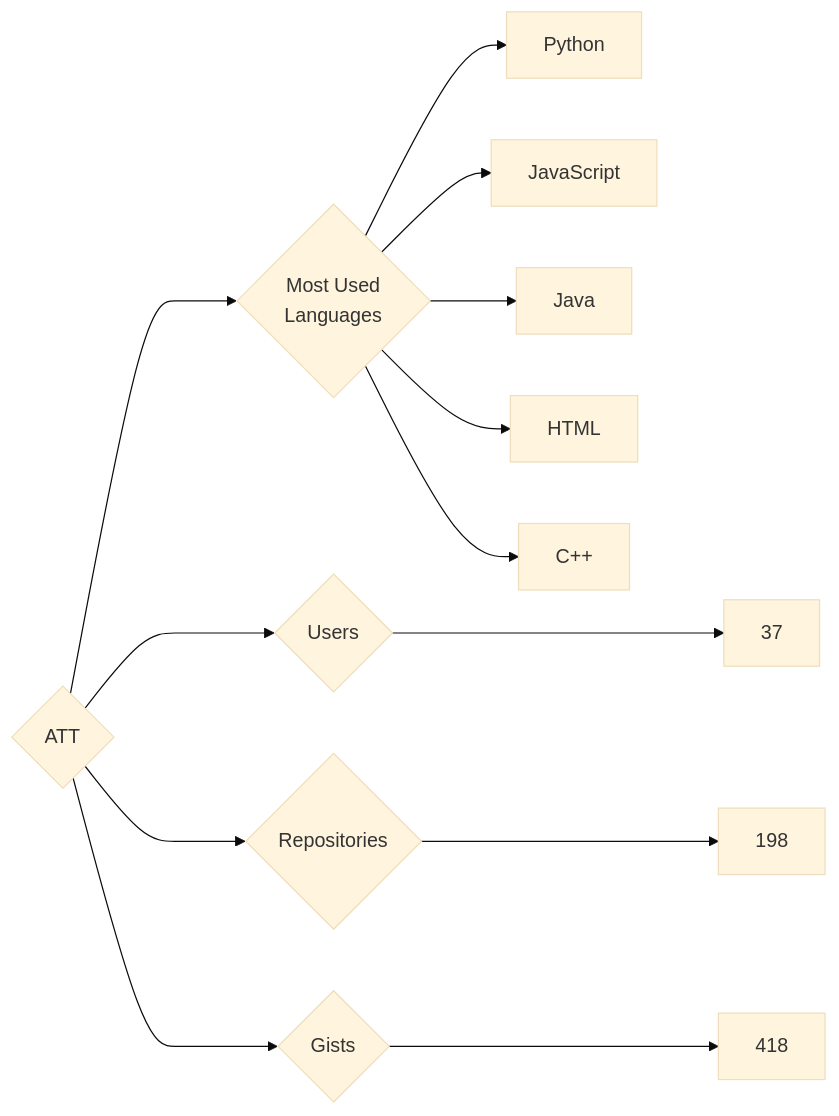
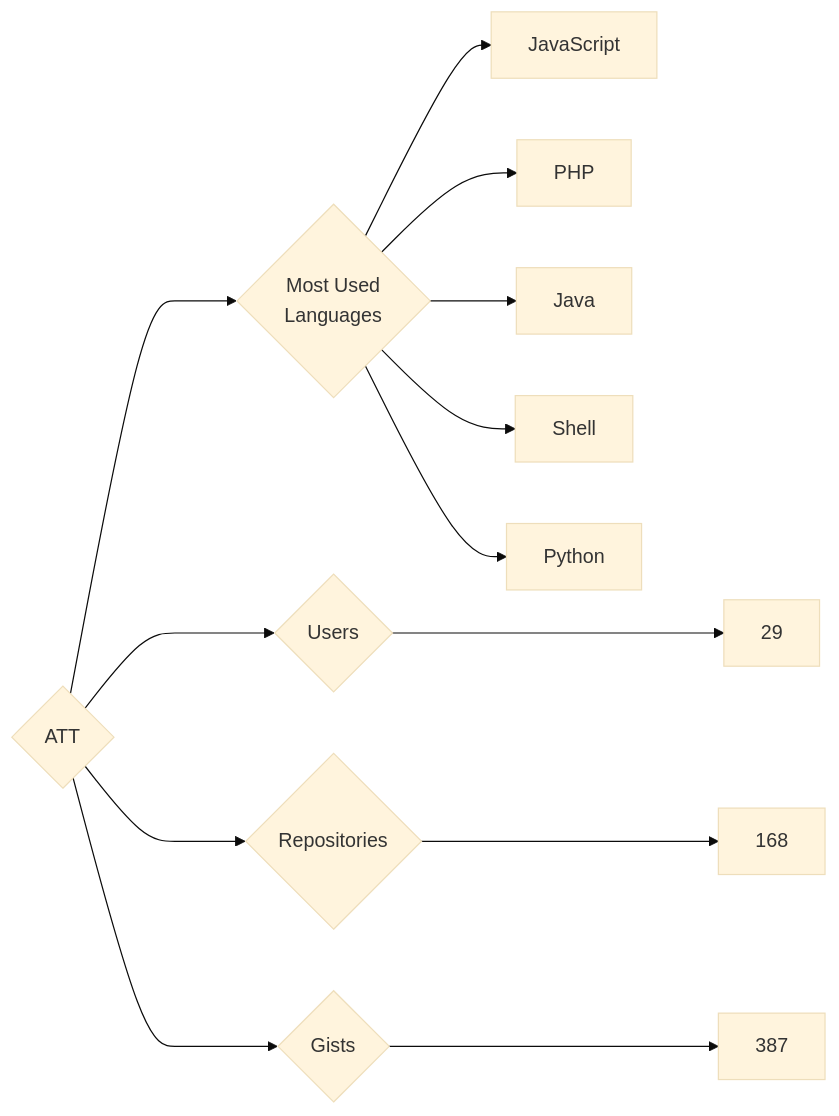
One commit to trickest/insiders changed the diagram in targets/ATT/README.md. Above: the diagram before and after it, drawn with Mermaid (base theme). The commit also changed 823 other files, not shown here.

````diff
--- a/targets/ATT/README.md
+++ b/targets/ATT/README.md
@@ -3,13 +3,13 @@
 ```mermaid
 graph LR
 COMPANY_NAME{ATT}
-COMPANY_NAME ---> U{Users} ---> UN[37]
-COMPANY_NAME ---> R{Repositories} ---> RN[198]
-COMPANY_NAME ---> G{Gists} ---> GN[418]
+COMPANY_NAME ---> U{Users} ---> UN[29]
+COMPANY_NAME ---> R{Repositories} ---> RN[168]
+COMPANY_NAME ---> G{Gists} ---> GN[387]
 COMPANY_NAME ---> ML{Most Used<br>Languages}
+ML --> JavaScript[JavaScript]
+ML --> PHP[PHP]
+ML --> Java[Java]
+ML --> Shell[Shell]
 ML --> Python[Python]
-ML --> JavaScript[JavaScript]
-ML --> Java[Java]
-ML --> HTML[HTML]
-ML --> C++[C++]
 ```
````
